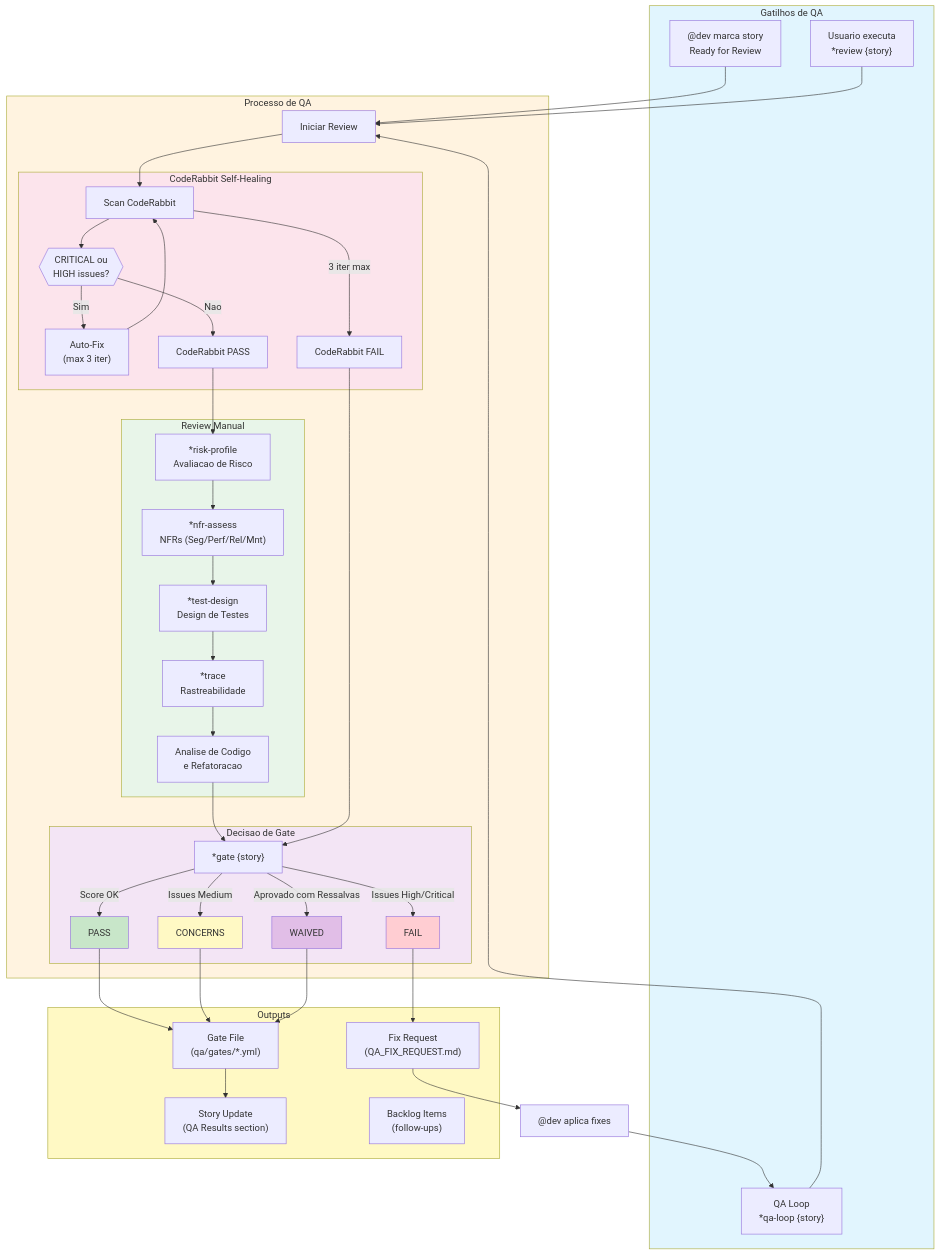
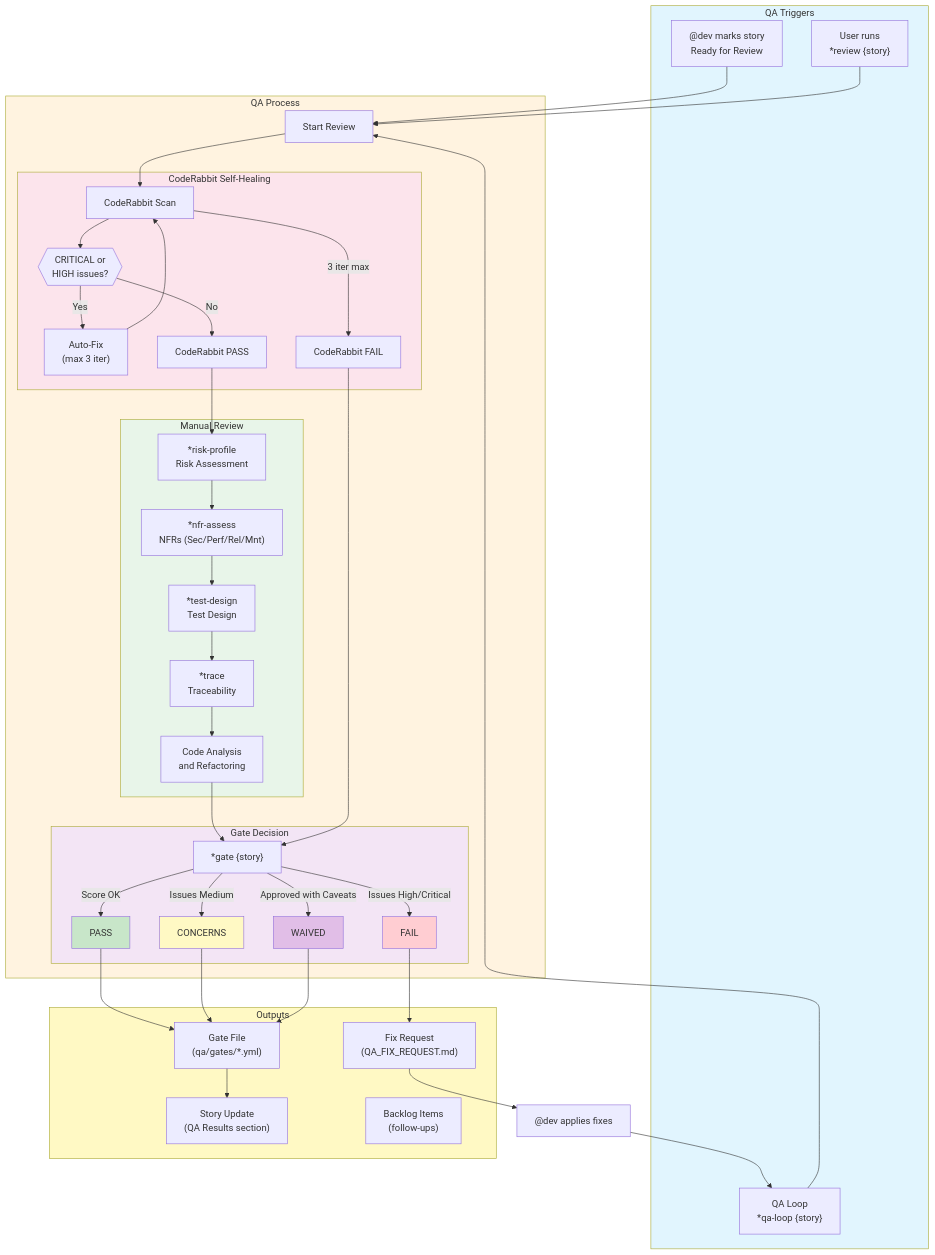
Before and after one commit to CyryxLabs/AEXOS: the first of 5 diagrams in docs/guides/agents/QA-SYSTEM.md, drawn with Mermaid. The commit also changed other lines of this file and 528 other files, not shown here.

````diff
--- a/docs/guides/agents/QA-SYSTEM.md
+++ b/docs/guides/agents/QA-SYSTEM.md
@@ -101,8 +101,8 @@
 ```mermaid
 flowchart TB
-    subgraph TRIGGERS["Gatilhos de QA"]
-        DEV_DONE["@dev marca story<br/>Ready for Review"]
-        MANUAL["Usuario executa<br/>*review {story}"]
+    subgraph TRIGGERS["QA Triggers"]
+        DEV_DONE["@dev marks story<br/>Ready for Review"]
+        MANUAL["User runs<br/>*review {story}"]
         LOOP["QA Loop<br/>*qa-loop {story}"]
     end
 
@@ -110,31 +110,31 @@
     MANUAL --> START
     LOOP --> START
 
-    subgraph QA_PROCESS["Processo de QA"]
-        START["Iniciar Review"]
+    subgraph QA_PROCESS["QA Process"]
+        START["Start Review"]
 
         subgraph CODERABBIT["CodeRabbit Self-Healing"]
-            CR_SCAN["Scan CodeRabbit"]
-            CR_CHECK{{"CRITICAL ou<br/>HIGH issues?"}}
+            CR_SCAN["CodeRabbit Scan"]
+            CR_CHECK{{"CRITICAL or<br/>HIGH issues?"}}
             CR_FIX["Auto-Fix<br/>(max 3 iter)"]
             CR_PASS["CodeRabbit PASS"]
             CR_FAIL["CodeRabbit FAIL"]
 
             CR_SCAN --> CR_CHECK
-            CR_CHECK -->|Sim| CR_FIX
+            CR_CHECK -->|Yes| CR_FIX
             CR_FIX --> CR_SCAN
-            CR_CHECK -->|Nao| CR_PASS
+            CR_CHECK -->|No| CR_PASS
             CR_SCAN -->|3 iter max| CR_FAIL
         end
 
         START --> CR_SCAN
 
-        subgraph MANUAL_REVIEW["Review Manual"]
-            RISK["*risk-profile<br/>Avaliacao de Risco"]
-            NFR["*nfr-assess<br/>NFRs (Seg/Perf/Rel/Mnt)"]
-            TEST["*test-design<br/>Design de Testes"]
-            TRACE["*trace<br/>Rastreabilidade"]
-            ANALYSIS["Analise de Codigo<br/>e Refatoracao"]
+        subgraph MANUAL_REVIEW["Manual Review"]
+            RISK["*risk-profile<br/>Risk Assessment"]
+            NFR["*nfr-assess<br/>NFRs (Sec/Perf/Rel/Mnt)"]
+            TEST["*test-design<br/>Test Design"]
+            TRACE["*trace<br/>Traceability"]
+            ANALYSIS["Code Analysis<br/>and Refactoring"]
         end
 
         CR_PASS --> RISK
@@ -143,7 +143,7 @@
         TEST --> TRACE
         TRACE --> ANALYSIS
 
-        subgraph GATE_DECISION["Decisao de Gate"]
+        subgraph GATE_DECISION["Gate Decision"]
             GATE["*gate {story}"]
             PASS["PASS"]
             CONCERNS["CONCERNS"]
@@ -157,7 +157,7 @@
         GATE -->|Score OK| PASS
         GATE -->|Issues Medium| CONCERNS
         GATE -->|Issues High/Critical| FAIL
-        GATE -->|Aprovado com Ressalvas| WAIVED
+        GATE -->|Approved with Caveats| WAIVED
     end
 
     subgraph OUTPUTS["Outputs"]
@@ -173,7 +173,7 @@
     WAIVED --> GATE_FILE
 
     GATE_FILE --> STORY_UPDATE
-    FIX_REQUEST --> DEV_FIX["@dev aplica fixes"]
+    FIX_REQUEST --> DEV_FIX["@dev applies fixes"]
     DEV_FIX --> LOOP
 
     style TRIGGERS fill:#e1f5fe
````
